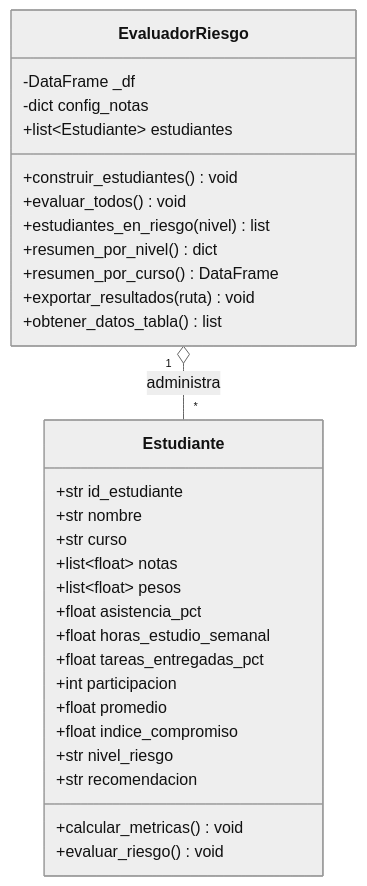
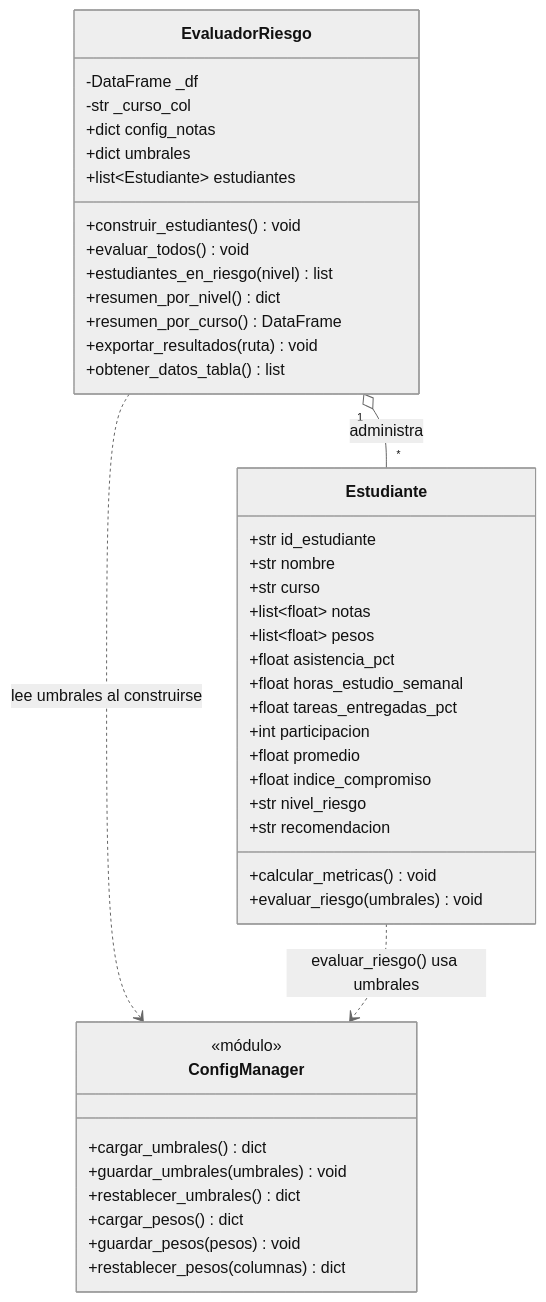
The second of 3 diagrams in src/docs/DOCUMENTACION.md (Andres-leon-fernandez/analisis-de-rendimiento-estudiantil), drawn with Mermaid (neutral theme) before and after one commit. The commit also changed other lines of this file and 8 other files, not shown here.

````diff
--- a/src/docs/DOCUMENTACION.md
+++ b/src/docs/DOCUMENTACION.md
@@ -93,33 +108,46 @@
 ```mermaid
 classDiagram
     class Estudiante {
         +str id_estudiante
         +str nombre
         +str curso
         +list~float~ notas
         +list~float~ pesos
         +float asistencia_pct
         +float horas_estudio_semanal
         +float tareas_entregadas_pct
         +int participacion
         +float promedio
         +float indice_compromiso
         +str nivel_riesgo
         +str recomendacion
         +calcular_metricas() void
-        +evaluar_riesgo() void
+        +evaluar_riesgo(umbrales) void
     }
     class EvaluadorRiesgo {
         -DataFrame _df
-        -dict config_notas
+        -str _curso_col
+        +dict config_notas
+        +dict umbrales
         +list~Estudiante~ estudiantes
         +construir_estudiantes() void
         +evaluar_todos() void
         +estudiantes_en_riesgo(nivel) list
         +resumen_por_nivel() dict
         +resumen_por_curso() DataFrame
         +exportar_resultados(ruta) void
         +obtener_datos_tabla() list
     }
+    class ConfigManager {
+        <<módulo>>
+        +cargar_umbrales() dict
+        +guardar_umbrales(umbrales) void
+        +restablecer_umbrales() dict
+        +cargar_pesos() dict
+        +guardar_pesos(pesos) void
+        +restablecer_pesos(columnas) dict
+    }
     EvaluadorRiesgo "1" o-- "*" Estudiante : administra
+    EvaluadorRiesgo ..> ConfigManager : lee umbrales al construirse
+    Estudiante ..> ConfigManager : evaluar_riesgo() usa umbrales
 ```
````
